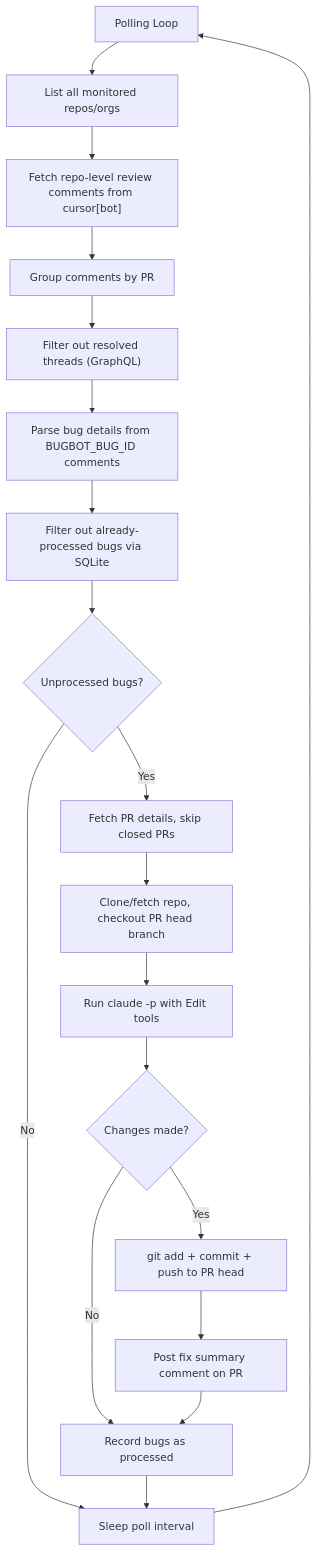
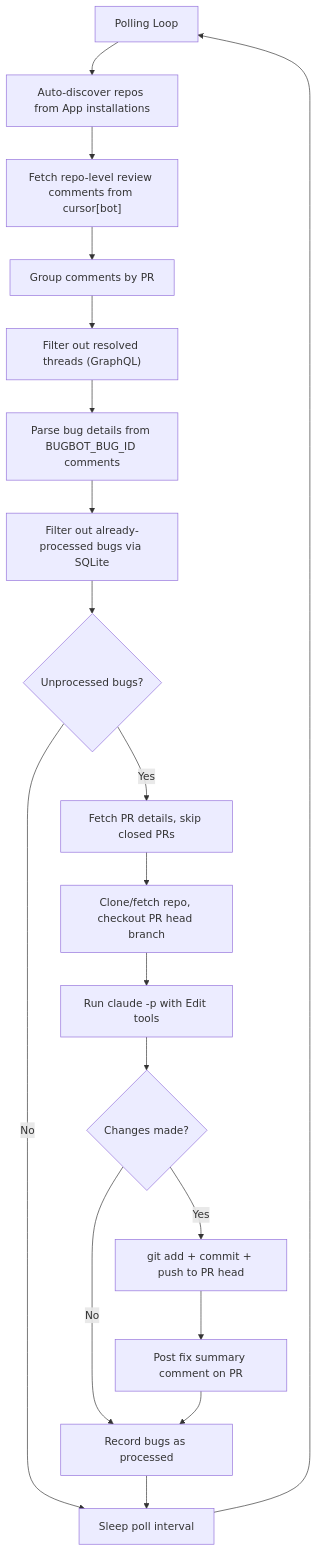
Before and after one commit to Senna46/claude-code-bugbot-autofix: the diagram in README.md, drawn with Mermaid. The commit also changed other lines of this file and 17 other files, not shown here.

````diff
--- a/README.md
+++ b/README.md
@@ -193,21 +136,21 @@
 ```mermaid
 flowchart TD
-    Start[Polling Loop] --> ListRepos[List all monitored repos/orgs]
+    Start[Polling Loop] --> ListRepos[Auto-discover repos from App installations]
     ListRepos --> FetchComments["Fetch repo-level review comments from cursor[bot]"]
     FetchComments --> GroupByPR[Group comments by PR]
     GroupByPR --> Resolved["Filter out resolved threads (GraphQL)"]
     Resolved --> Parse[Parse bug details from BUGBOT_BUG_ID comments]
     Parse --> Filter[Filter out already-processed bugs via SQLite]
     Filter --> HasBugs{Unprocessed bugs?}
     HasBugs -->|No| Sleep[Sleep poll interval]
     HasBugs -->|Yes| FetchPR[Fetch PR details, skip closed PRs]
     FetchPR --> Clone[Clone/fetch repo, checkout PR head branch]
     Clone --> Claude["Run claude -p with Edit tools"]
     Claude --> Changes{Changes made?}
     Changes -->|No| Record[Record bugs as processed]
     Changes -->|Yes| Commit[git add + commit + push to PR head]
     Commit --> PostComment[Post fix summary comment on PR]
     PostComment --> Record
     Record --> Sleep
     Sleep --> Start
 ```
````
